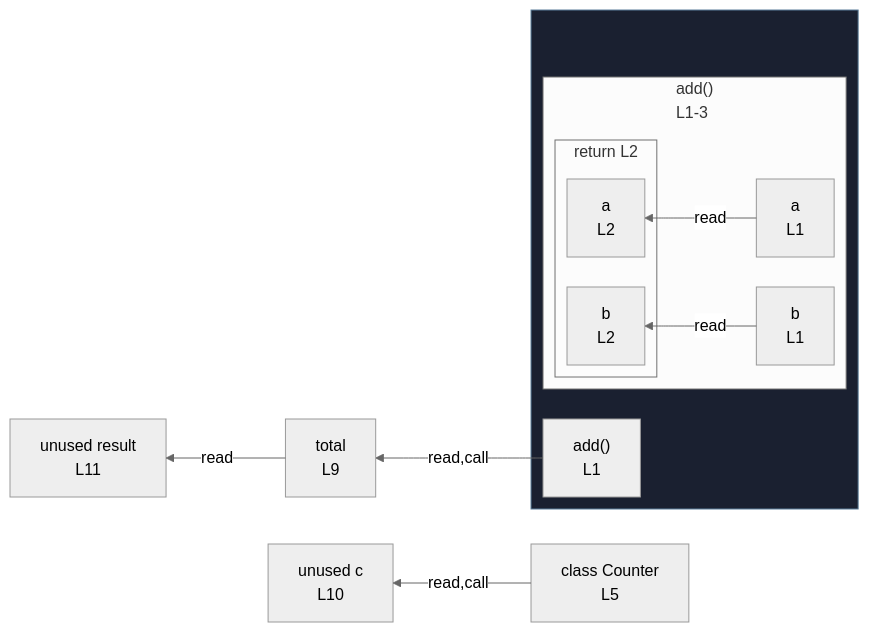
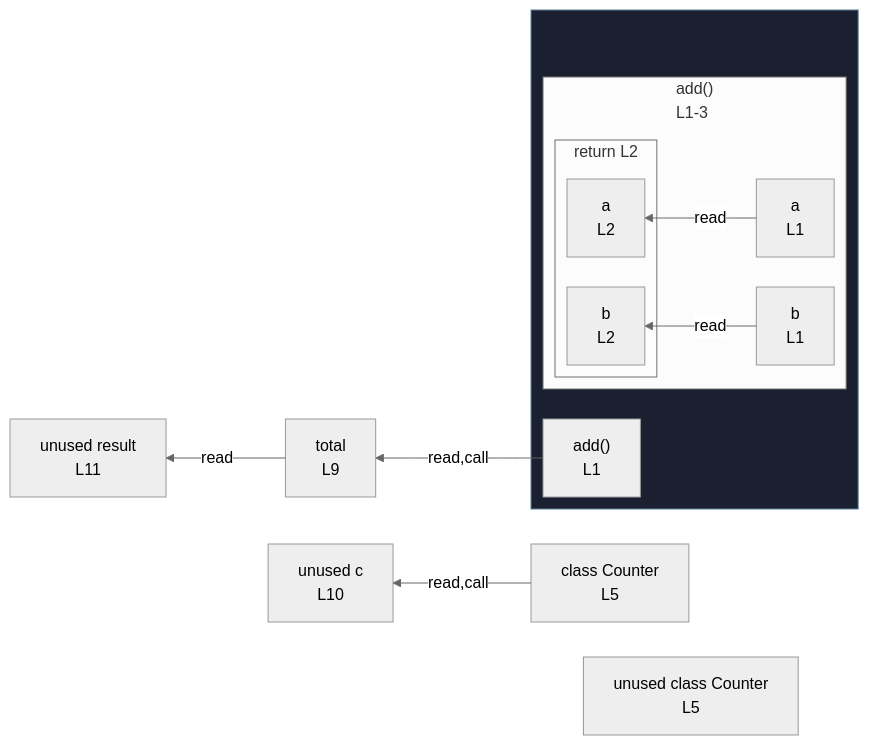
Before and after one commit to crescware/unsnarl: the diagram in integration/fixtures/class/declaration/with-function-sibling/preview.md, drawn with Mermaid (neutral theme). The commit also changed 13 other files, not shown here.

````diff
--- a/integration/fixtures/class/declaration/with-function-sibling/preview.md
+++ b/integration/fixtures/class/declaration/with-function-sibling/preview.md
@@ -21,29 +21,30 @@
 ```mermaid
 %%{init: {"flowchart": {"defaultRenderer": "elk"}}}%%
 flowchart RL
   n_scope_0_Counter_62["class Counter<br/>L5"]
   n_scope_0_total_94["total<br/>L9"]
   n_scope_0_c_119["unused c<br/>L10"]
   n_scope_0_result_144["unused result<br/>L11"]
+  n_scope_2_Counter_62["unused class Counter<br/>L5"]
   subgraph wrap_s_scope_1[" "]
     direction TB
     n_scope_0_add_9["add()<br/>L1"]
     subgraph s_scope_1["add()<br/>L1-3"]
       direction RL
       n_scope_1_a_13["a<br/>L1"]
       n_scope_1_b_24["b<br/>L1"]
       subgraph s_return_scope_0_add_9_39_52["return L2"]
         direction RL
         ret_use_ref_0["a<br/>L2"]
         ret_use_ref_1["b<br/>L2"]
       end
     end
   end
   n_scope_1_a_13 -->|read| ret_use_ref_0
   n_scope_1_b_24 -->|read| ret_use_ref_1
   n_scope_0_add_9 -->|read,call| n_scope_0_total_94
   n_scope_0_Counter_62 -->|read,call| n_scope_0_c_119
   n_scope_0_total_94 -->|read| n_scope_0_result_144
   classDef fnWrap fill:#1a2030,stroke:#5a7d99;
   class wrap_s_scope_1 fnWrap;
 ```
````
